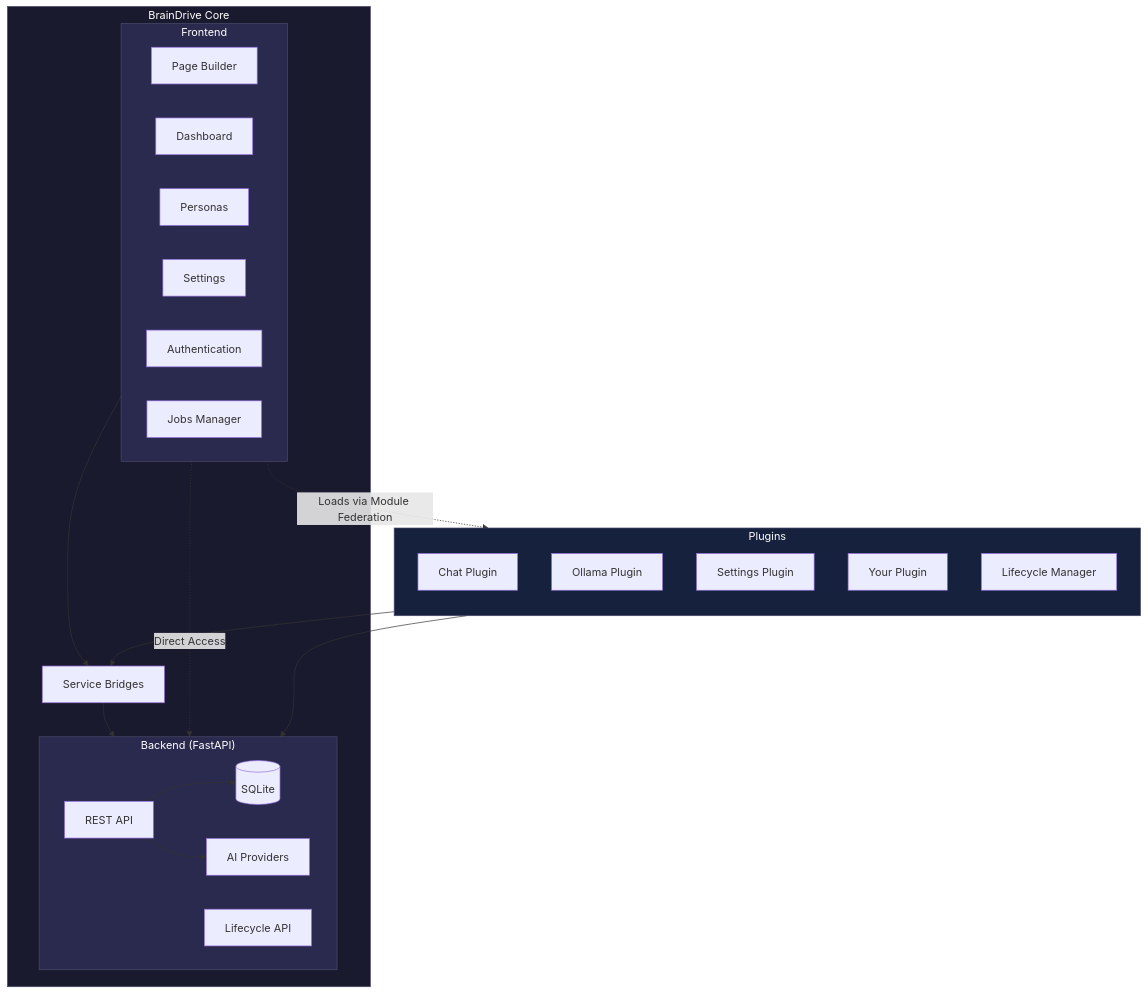
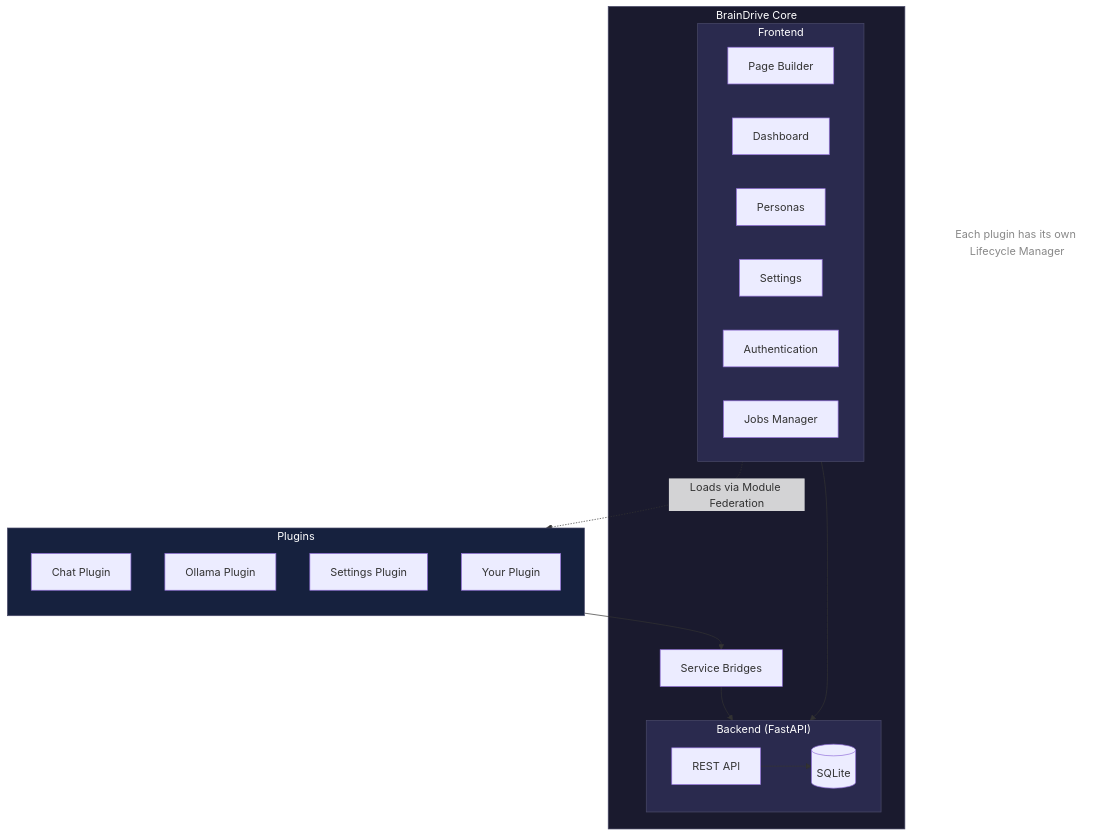
Before and after one commit to BrainDriveAI/BrainDrive-Core: the diagram in README.md, drawn with Mermaid.

Commit message:
Fix architecture diagram to show correct component relationships
- Frontend connects directly to REST API (not via Service Bridge)
- Plugins communicate through Service Bridge to backend
- Remove Lifecycle API and AI Providers (not needed in diagram)
- Remove Lifecycle Manager from plugins box (each plugin has its own)
- Add note clarifying each plugin has its own Lifecycle Manager

````diff
--- a/README.md
+++ b/README.md
@@ -81,48 +81,45 @@
 ```mermaid
 flowchart TB
     subgraph Core ["BrainDrive Core"]
         subgraph Frontend ["Frontend"]
             direction LR
             PB[Page Builder]
             DASH[Dashboard]
             PERS[Personas]
             SET[Settings]
             AUTH[Authentication]
             JOBS[Jobs Manager]
         end
 
         SB[Service Bridges]
 
         subgraph Backend ["Backend (FastAPI)"]
             direction LR
             API[REST API]
-            LCAPI[Lifecycle API]
-            AIPROV[AI Providers]
             DB[(SQLite)]
         end
 
-        Frontend --> SB
-        Frontend -.->|Direct Access| API
+        Frontend --> API
         SB --> API
         API --> DB
-        API --> AIPROV
     end
 
     subgraph Plugins ["Plugins"]
         direction TB
         P1[Chat Plugin]
         P2[Ollama Plugin]
         P3[Settings Plugin]
         P4[Your Plugin]
-        LM[Lifecycle Manager]
     end
 
     Frontend -.->|Loads via Module Federation| Plugins
     Plugins --> SB
-    LM --> LCAPI
+
+    note[Each plugin has its own Lifecycle Manager]
 
     style Core fill:#1a1a2e,stroke:#4a4a6a,color:#fff
     style Frontend fill:#2a2a4e,stroke:#4a4a6a,color:#fff
     style Backend fill:#2a2a4e,stroke:#4a4a6a,color:#fff
     style Plugins fill:#16213e,stroke:#4a4a6a,color:#fff
+    style note fill:none,stroke:none,color:#888
 ```
````
